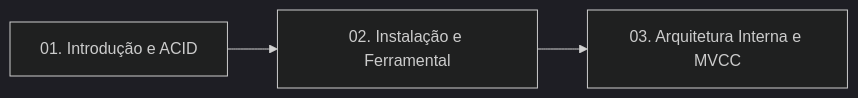
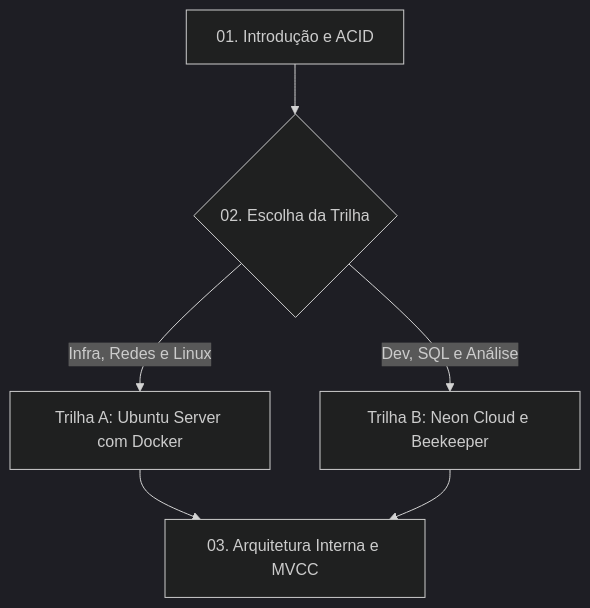
The diagram in 01-fundamentos/README.md (diogofragoso/postgresql), drawn with Mermaid (dark theme) before and after one commit. The commit also changed other lines of this file and 6 other files, not shown here.

````diff
--- a/01-fundamentos/README.md
+++ b/01-fundamentos/README.md
@@ -17,5 +17,8 @@
 ```mermaid
-flowchart LR
-    A["01. Introdução e ACID"] --> B["02. Instalação e Ferramental"]
-    B --> C["03. Arquitetura Interna e MVCC"]
+flowchart TD
+    A["01. Introdução e ACID"] --> B{"02. Escolha da Trilha"}
+    B -->|Infra, Redes e Linux| B1["Trilha A: Ubuntu Server com Docker"]
+    B -->|Dev, SQL e Análise| B2["Trilha B: Neon Cloud e Beekeeper"]
+    B1 --> C["03. Arquitetura Interna e MVCC"]
+    B2 --> C
 ```
````
